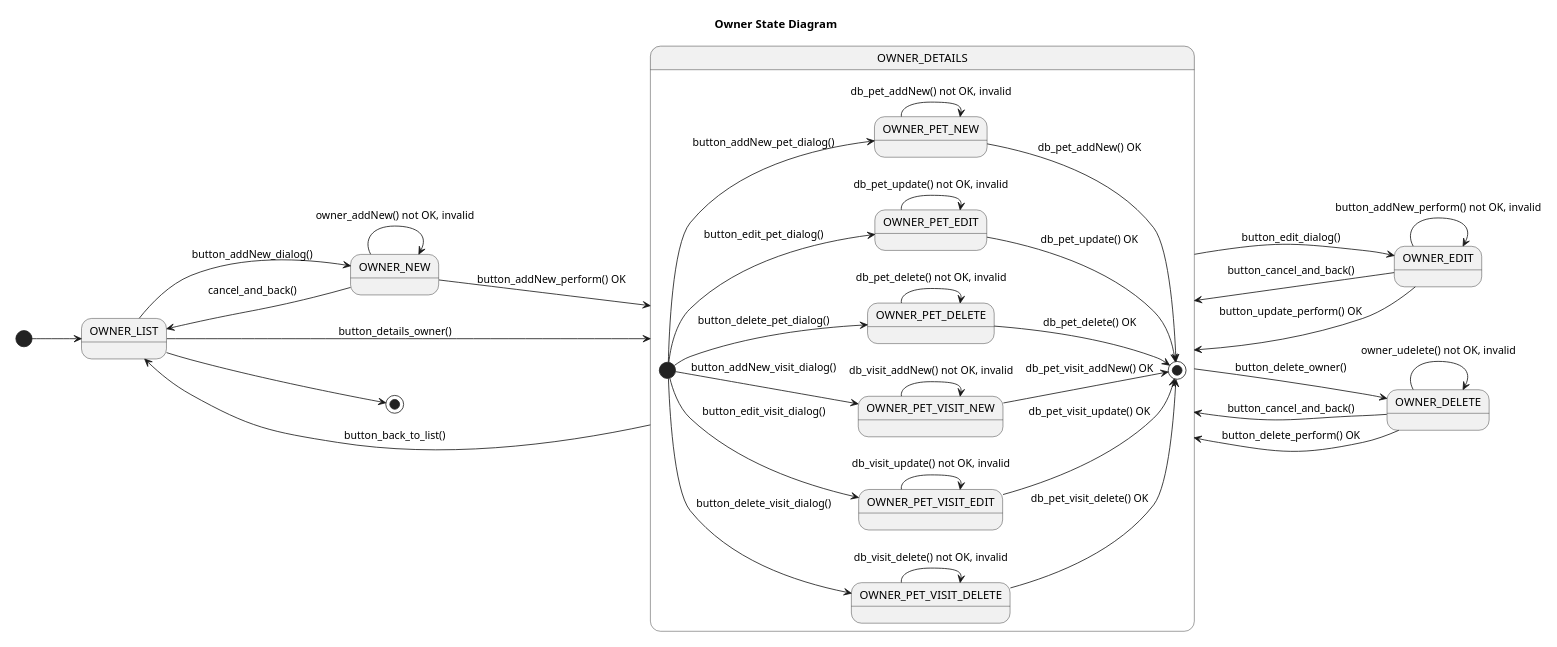
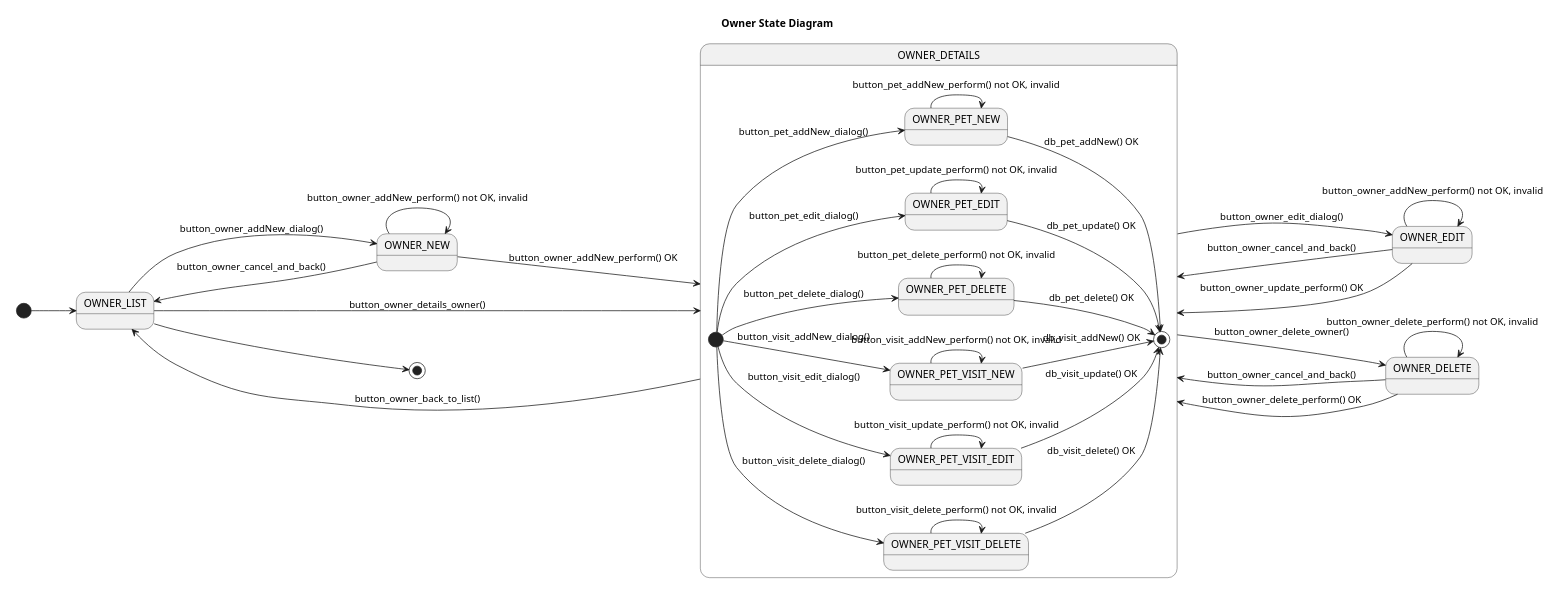
Before and after one commit to Jakarta-EE-Petclinic/petclinic-uml: the diagram in puml/owner/Owner__State.puml, drawn with PlantUML. The commit also changed 2 other files, not shown here.

```diff
--- a/puml/owner/Owner__State.puml
+++ b/puml/owner/Owner__State.puml
@@ -1,80 +1,79 @@
 @startuml
 
 title Owner State Diagram
 
 'https://plantuml.com/state-diagram
 
 left to right direction
 'top to bottom direction
 
 scale 1000 width
 
 [*] --> OWNER_LIST
 
-OWNER_LIST --> OWNER_NEW : button_addNew_dialog()
-OWNER_NEW --> OWNER_LIST: cancel_and_back()
-OWNER_NEW --> OWNER_DETAILS: button_addNew_perform() OK
+OWNER_LIST --> OWNER_NEW :   button_owner_addNew_dialog()
+OWNER_NEW --> OWNER_LIST:    button_owner_cancel_and_back()
+OWNER_NEW --> OWNER_DETAILS: button_owner_addNew_perform() OK
 
-OWNER_LIST --> OWNER_DETAILS: button_details_owner()
-OWNER_DETAILS --> OWNER_LIST: button_back_to_list()
+OWNER_LIST --> OWNER_DETAILS: button_owner_details_owner()
+OWNER_DETAILS --> OWNER_LIST: button_owner_back_to_list()
 
-OWNER_DETAILS --> OWNER_EDIT: button_edit_dialog()
-OWNER_EDIT --> OWNER_DETAILS: button_cancel_and_back()
-OWNER_EDIT --> OWNER_DETAILS: button_update_perform() OK
+OWNER_DETAILS --> OWNER_EDIT: button_owner_edit_dialog()
+OWNER_EDIT --> OWNER_DETAILS: button_owner_cancel_and_back()
+OWNER_EDIT --> OWNER_DETAILS: button_owner_update_perform() OK
 
-OWNER_DETAILS --> OWNER_DELETE: button_delete_owner()
-OWNER_DELETE --> OWNER_DETAILS: button_cancel_and_back()
-OWNER_DELETE --> OWNER_DETAILS: button_delete_perform() OK
+OWNER_DETAILS --> OWNER_DELETE: button_owner_delete_owner()
+OWNER_DELETE --> OWNER_DETAILS: button_owner_cancel_and_back()
+OWNER_DELETE --> OWNER_DETAILS: button_owner_delete_perform() OK
 
 state OWNER_DETAILS {
 
-    [*] --> OWNER_PET_NEW: button_addNew_pet_dialog()
-    [*] --> OWNER_PET_EDIT: button_edit_pet_dialog()
-    [*] --> OWNER_PET_DELETE: button_delete_pet_dialog()
+    [*] --> OWNER_PET_NEW: button_pet_addNew_dialog()
+    [*] --> OWNER_PET_EDIT: button_pet_edit_dialog()
+    [*] --> OWNER_PET_DELETE: button_pet_delete_dialog()
 
-    [*] --> OWNER_PET_VISIT_NEW: button_addNew_visit_dialog()
-    [*] --> OWNER_PET_VISIT_EDIT: button_edit_visit_dialog()
-    [*] --> OWNER_PET_VISIT_DELETE: button_delete_visit_dialog()
+    [*] --> OWNER_PET_VISIT_NEW: button_visit_addNew_dialog()
+    [*] --> OWNER_PET_VISIT_EDIT: button_visit_edit_dialog()
+    [*] --> OWNER_PET_VISIT_DELETE: button_visit_delete_dialog()
 
     OWNER_PET_NEW --> [*] : db_pet_addNew() OK
     OWNER_PET_EDIT --> [*] : db_pet_update() OK
     OWNER_PET_DELETE --> [*]: db_pet_delete() OK
 
-    OWNER_PET_VISIT_NEW --> [*] : db_pet_visit_addNew() OK
-    OWNER_PET_VISIT_EDIT --> [*] : db_pet_visit_update() OK
-    OWNER_PET_VISIT_DELETE --> [*]: db_pet_visit_delete() OK
+    OWNER_PET_VISIT_NEW --> [*] : db_visit_addNew() OK
+    OWNER_PET_VISIT_EDIT --> [*] : db_visit_update() OK
+    OWNER_PET_VISIT_DELETE --> [*]: db_visit_delete() OK
 
     state OWNER_PET_NEW {
-        OWNER_PET_NEW --> OWNER_PET_NEW : db_pet_addNew() not OK, invalid
+        OWNER_PET_NEW --> OWNER_PET_NEW : button_pet_addNew_perform() not OK, invalid
     }
     state OWNER_PET_EDIT {
-        OWNER_PET_EDIT --> OWNER_PET_EDIT : db_pet_update() not OK, invalid
+        OWNER_PET_EDIT --> OWNER_PET_EDIT : button_pet_update_perform() not OK, invalid
     }
     state OWNER_PET_DELETE {
-        OWNER_PET_DELETE --> OWNER_PET_DELETE: db_pet_delete() not OK, invalid
+        OWNER_PET_DELETE --> OWNER_PET_DELETE: button_pet_delete_perform() not OK, invalid
     }
 
     state OWNER_PET_VISIT_NEW {
-        OWNER_PET_VISIT_NEW --> OWNER_PET_VISIT_NEW : db_visit_addNew() not OK, invalid
+        OWNER_PET_VISIT_NEW --> OWNER_PET_VISIT_NEW : button_visit_addNew_perform() not OK, invalid
     }
     state OWNER_PET_VISIT_EDIT {
-        OWNER_PET_VISIT_EDIT --> OWNER_PET_VISIT_EDIT : db_visit_update() not OK, invalid
+        OWNER_PET_VISIT_EDIT --> OWNER_PET_VISIT_EDIT : button_visit_update_perform() not OK, invalid
     }
     state OWNER_PET_VISIT_DELETE {
-        OWNER_PET_VISIT_DELETE --> OWNER_PET_VISIT_DELETE: db_visit_delete() not OK, invalid
+        OWNER_PET_VISIT_DELETE --> OWNER_PET_VISIT_DELETE: button_visit_delete_perform() not OK, invalid
     }
 }
-
 state OWNER_EDIT {
-    OWNER_EDIT --> OWNER_EDIT: button_addNew_perform() not OK, invalid
+    OWNER_EDIT --> OWNER_EDIT: button_owner_addNew_perform() not OK, invalid
 }
 state OWNER_DELETE {
-    OWNER_DELETE --> OWNER_DELETE: owner_udelete() not OK, invalid
+    OWNER_DELETE --> OWNER_DELETE: button_owner_delete_perform() not OK, invalid
 }
 state OWNER_NEW {
-    OWNER_NEW --> OWNER_NEW : owner_addNew() not OK, invalid
+    OWNER_NEW --> OWNER_NEW : button_owner_addNew_perform() not OK, invalid
 }
 
 OWNER_LIST --> [*]
 
 @enduml
```
